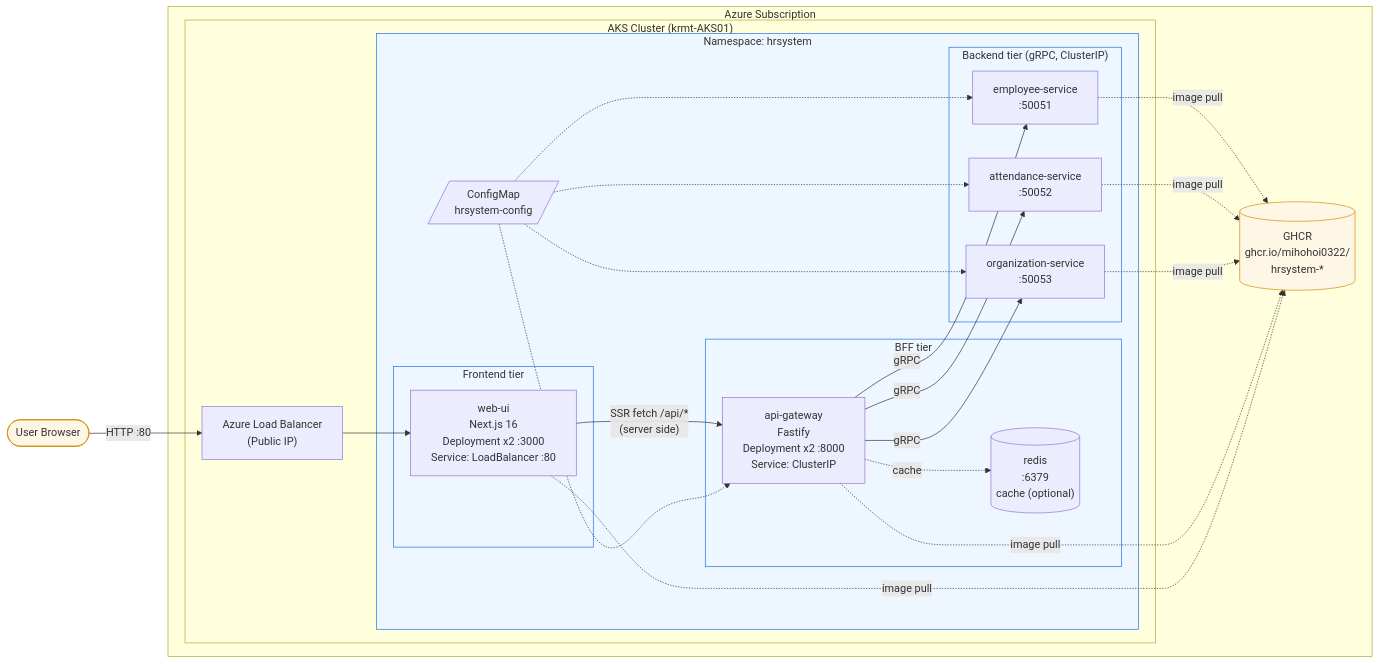
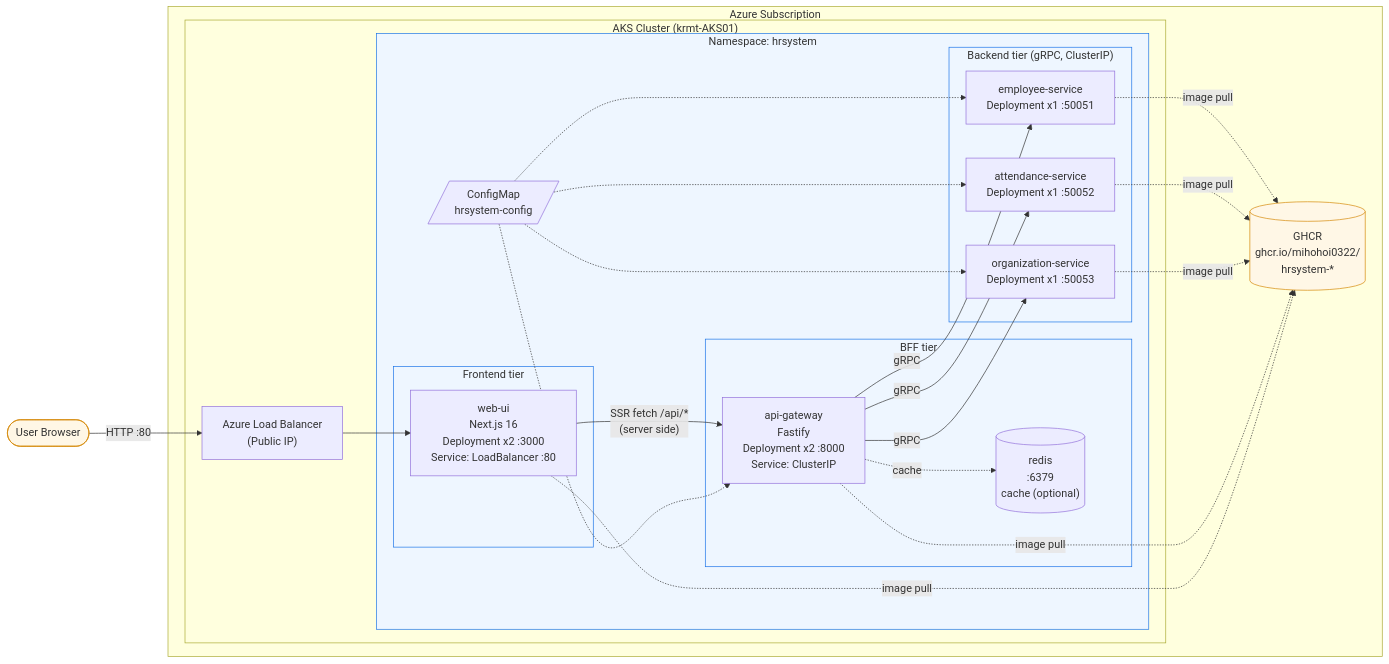
Before and after one commit to mihohoi0322/my-AKS-playground-public: the diagram in README.md, drawn with Mermaid. The commit also changed other lines of this file, not shown here.

Commit message:
docs(readme): backend services run with replicas:1 in InMemory mode

````diff
--- a/README.md
+++ b/README.md
@@ -59,56 +60,56 @@
 ```mermaid
 flowchart LR
     User([User Browser])
 
     subgraph Azure["Azure Subscription"]
         subgraph AKS["AKS Cluster (krmt-AKS01)"]
             ALB["Azure Load Balancer<br/>(Public IP)"]
 
             subgraph ns["Namespace: hrsystem"]
                 subgraph frontend["Frontend tier"]
                     WUI["web-ui<br/>Next.js 16<br/>Deployment x2 :3000<br/>Service: LoadBalancer :80"]
                 end
 
                 subgraph bff["BFF tier"]
                     GW["api-gateway<br/>Fastify<br/>Deployment x2 :8000<br/>Service: ClusterIP"]
                     RD[("redis<br/>:6379<br/>cache (optional)")]
                 end
 
                 subgraph backend["Backend tier (gRPC, ClusterIP)"]
-                    EMP["employee-service<br/>:50051"]
-                    ATT["attendance-service<br/>:50052"]
-                    ORG["organization-service<br/>:50053"]
+                    EMP["employee-service<br/>Deployment x1 :50051"]
+                    ATT["attendance-service<br/>Deployment x1 :50052"]
+                    ORG["organization-service<br/>Deployment x1 :50053"]
                 end
 
                 CM[/"ConfigMap<br/>hrsystem-config"/]
             end
         end
 
         GHCR[("GHCR<br/>ghcr.io/mihohoi0322/<br/>hrsystem-*")]
     end
 
     User -- "HTTP :80" --> ALB
     ALB --> WUI
     WUI -- "SSR fetch /api/*<br/>(server side)" --> GW
 
     GW -- "gRPC" --> EMP
     GW -- "gRPC" --> ATT
     GW -- "gRPC" --> ORG
     GW -. "cache" .-> RD
 
     CM -.-> GW
     CM -.-> EMP
     CM -.-> ATT
     CM -.-> ORG
 
     EMP -. "image pull" .-> GHCR
     ATT -. "image pull" .-> GHCR
     ORG -. "image pull" .-> GHCR
     GW -. "image pull" .-> GHCR
     WUI -. "image pull" .-> GHCR
 
     classDef ns fill:#eef6ff,stroke:#1a73e8,stroke-width:1px;
     classDef ext fill:#fff7e6,stroke:#d48806,stroke-width:1px;
     class ns,frontend,bff,backend ns
     class GHCR,User ext
 ```
````
